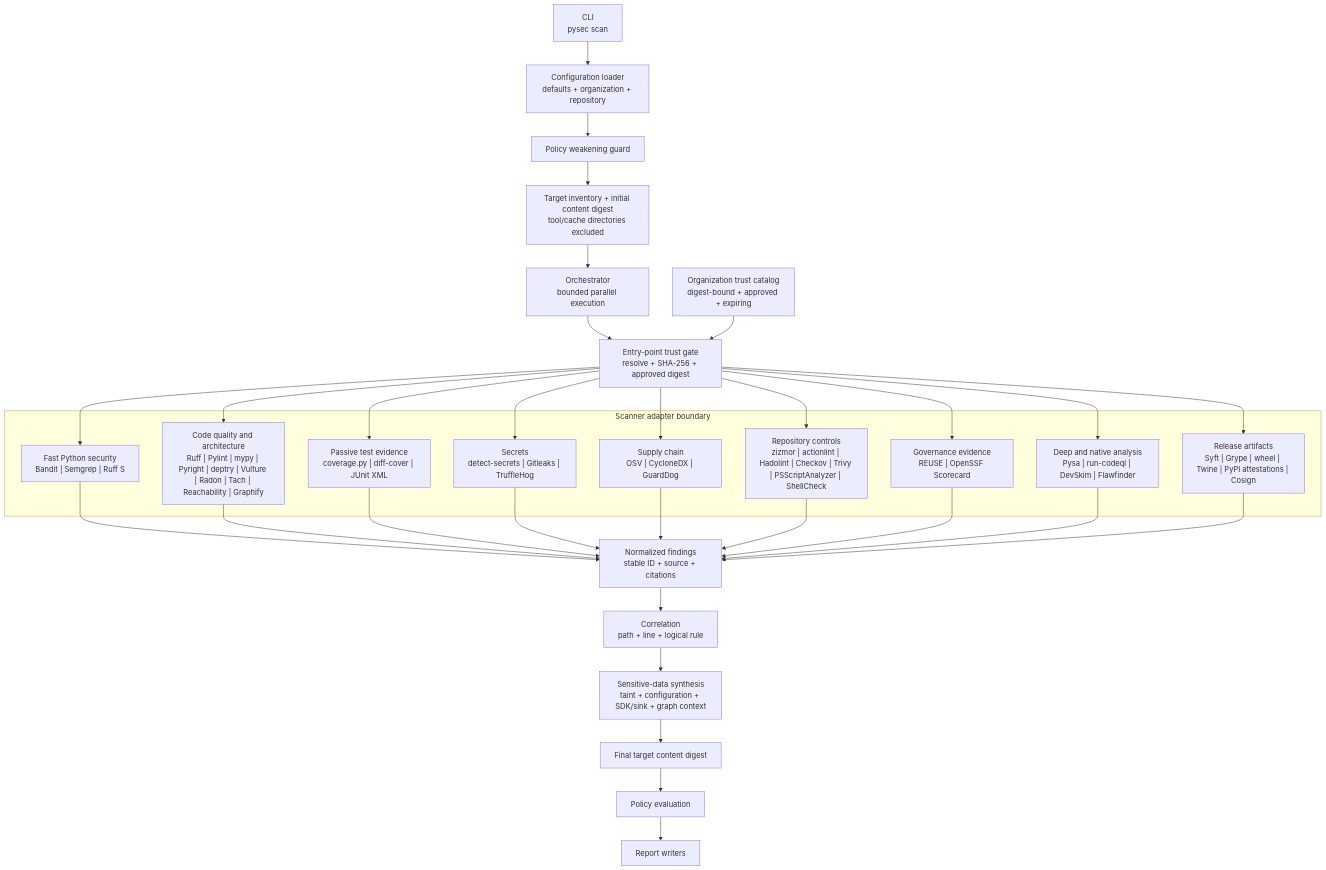
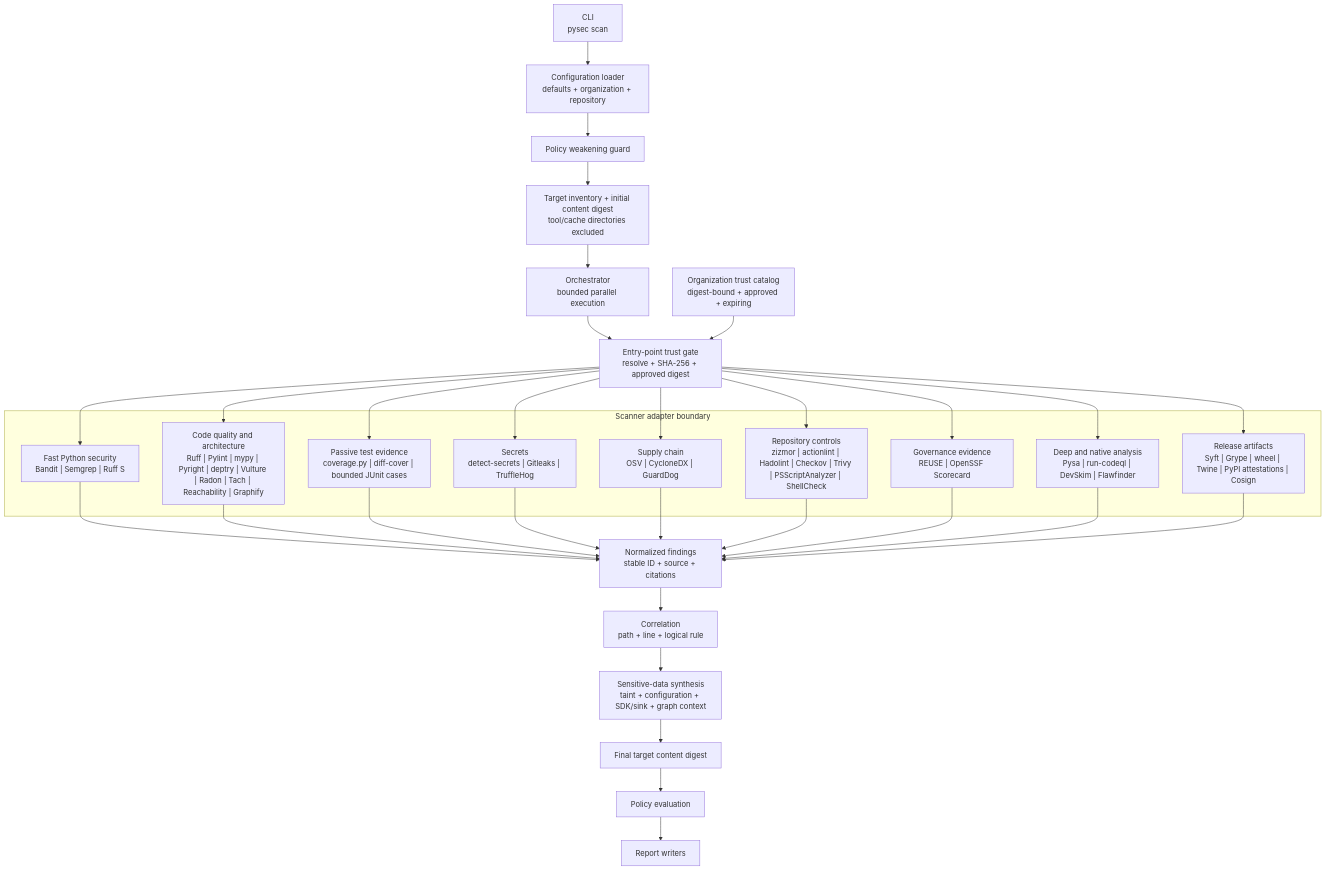
The fifth of 11 diagrams in docs/design.md (willtran87/project-py-security-suite), drawn with Mermaid before and after one commit. The commit also changed other lines of this file and 28 other files, not shown here.

````diff
--- a/docs/design.md
+++ b/docs/design.md
@@ -202,51 +202,51 @@
 ```mermaid
 flowchart TD
     CLI["CLI<br/>pysec scan"]
     Config["Configuration loader<br/>defaults + organization + repository"]
     Guard["Policy weakening guard"]
     Inventory["Target inventory + initial content digest<br/>tool/cache directories excluded"]
     Orchestrator["Orchestrator<br/>bounded parallel execution"]
     TrustCatalog["Organization trust catalog<br/>digest-bound + approved + expiring"]
     ToolTrust["Entry-point trust gate<br/>resolve + SHA-256 + approved digest"]
     FinalSnapshot["Final target content digest"]
 
     subgraph Adapters["Scanner adapter boundary"]
         Fast["Fast Python security<br/>Bandit | Semgrep | Ruff S"]
         Quality["Code quality and architecture<br/>Ruff | Pylint | mypy | Pyright | deptry | Vulture | Radon | Tach | Reachability | Graphify"]
-        Tests["Passive test evidence<br/>coverage.py | diff-cover | JUnit XML"]
+        Tests["Passive test evidence<br/>coverage.py | diff-cover | bounded JUnit cases"]
         Secrets["Secrets<br/>detect-secrets | Gitleaks | TruffleHog"]
         Supply["Supply chain<br/>OSV | CycloneDX | GuardDog"]
         Pipeline["Repository controls<br/>zizmor | actionlint | Hadolint | Checkov | Trivy | PSScriptAnalyzer | ShellCheck"]
         Governance["Governance evidence<br/>REUSE | OpenSSF Scorecard"]
         Deep["Deep and native analysis<br/>Pysa | run-codeql | DevSkim | Flawfinder"]
         Artifact["Release artifacts<br/>Syft | Grype | wheel | Twine | PyPI attestations | Cosign"]
     end
 
     Normalize["Normalized findings<br/>stable ID + source + citations"]
     Correlate["Correlation<br/>path + line + logical rule"]
     Exposure["Sensitive-data synthesis<br/>taint + configuration + SDK/sink + graph context"]
     Policy["Policy evaluation"]
     Report["Report writers"]
 
     CLI --> Config --> Guard --> Inventory --> Orchestrator --> ToolTrust
     TrustCatalog --> ToolTrust
     ToolTrust --> Fast
     ToolTrust --> Quality
     ToolTrust --> Tests
     ToolTrust --> Secrets
     ToolTrust --> Supply
     ToolTrust --> Pipeline
     ToolTrust --> Governance
     ToolTrust --> Deep
     ToolTrust --> Artifact
     Fast --> Normalize
     Quality --> Normalize
     Tests --> Normalize
     Secrets --> Normalize
     Supply --> Normalize
     Pipeline --> Normalize
     Governance --> Normalize
     Deep --> Normalize
     Artifact --> Normalize
     Normalize --> Correlate --> Exposure --> FinalSnapshot --> Policy --> Report
 ```
````
